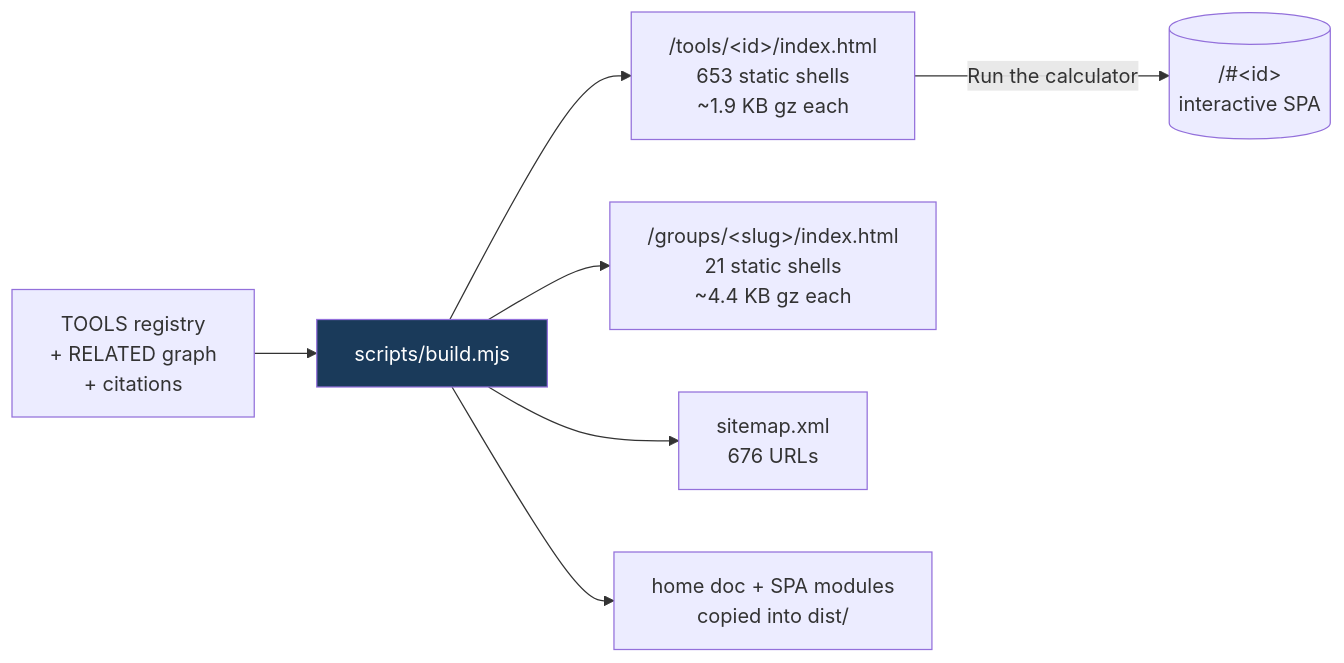
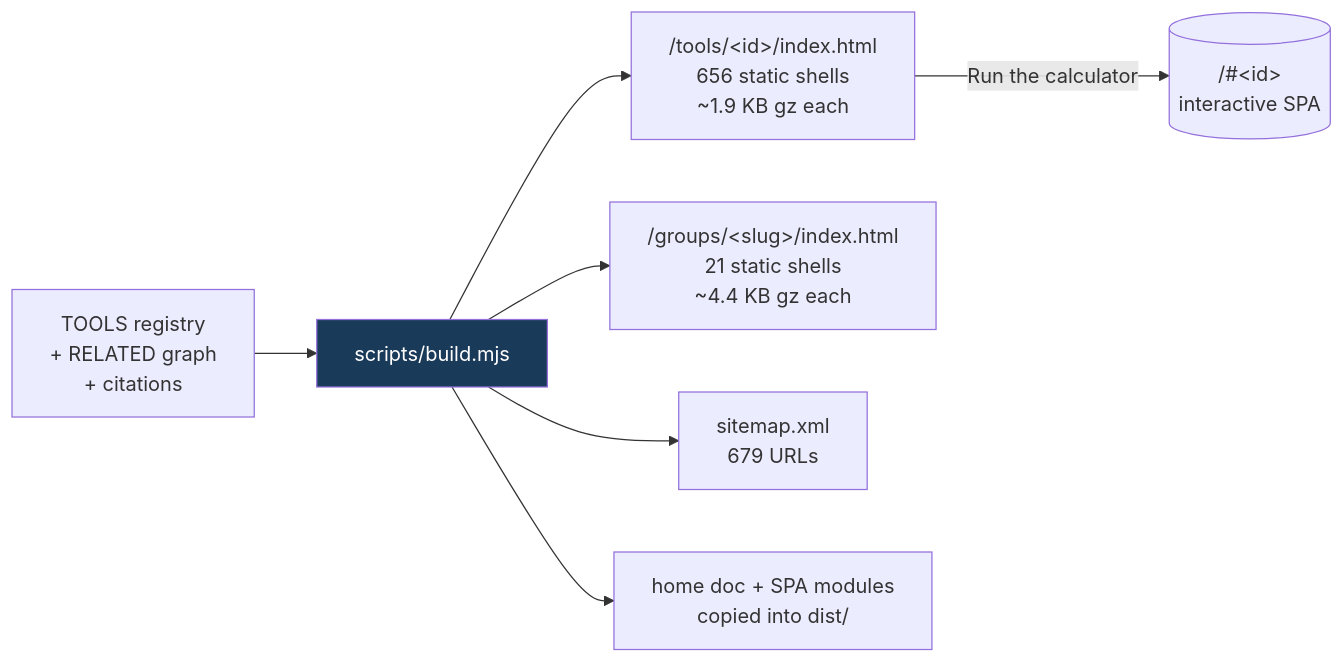
Before and after one commit to clay-good/roughlogic.com: the fifth of 8 diagrams in README.md, drawn with Mermaid. The commit also changed other lines of this file and 17 other files, not shown here.

````diff
--- a/README.md
+++ b/README.md
@@ -450,10 +450,10 @@
 ```mermaid
 flowchart LR
     SRC[TOOLS registry\n+ RELATED graph\n+ citations] --> BUILD[scripts/build.mjs]
-    BUILD --> TILE["/tools/&lt;id&gt;/index.html\n653 static shells\n~1.9 KB gz each"]
+    BUILD --> TILE["/tools/&lt;id&gt;/index.html\n656 static shells\n~1.9 KB gz each"]
     BUILD --> GROUP["/groups/&lt;slug&gt;/index.html\n21 static shells\n~4.4 KB gz each"]
-    BUILD --> MAP["sitemap.xml\n676 URLs"]
+    BUILD --> MAP["sitemap.xml\n679 URLs"]
     BUILD --> COPY[home doc + SPA modules\ncopied into dist/]
     TILE -->|Run the calculator| SPA[("/#&lt;id&gt;\ninteractive SPA")]
     style BUILD fill:#1a3a5a,color:#fff
 ```
````
